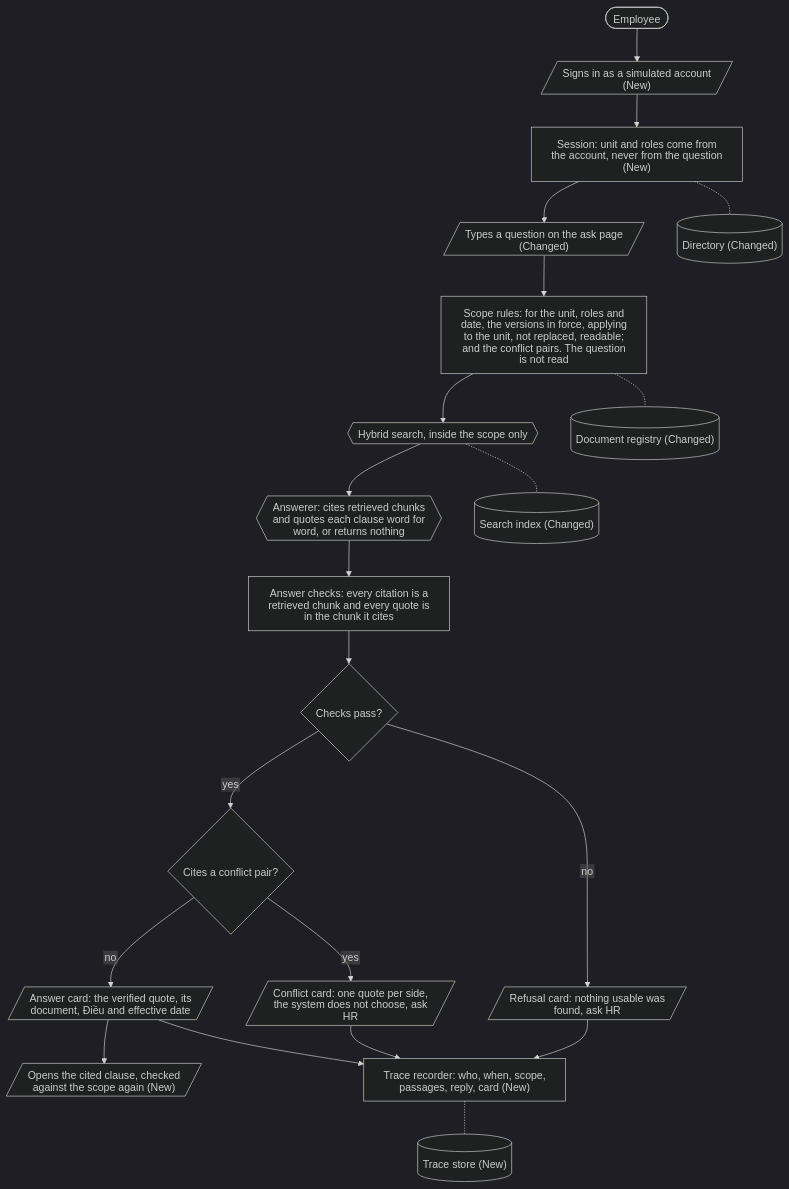
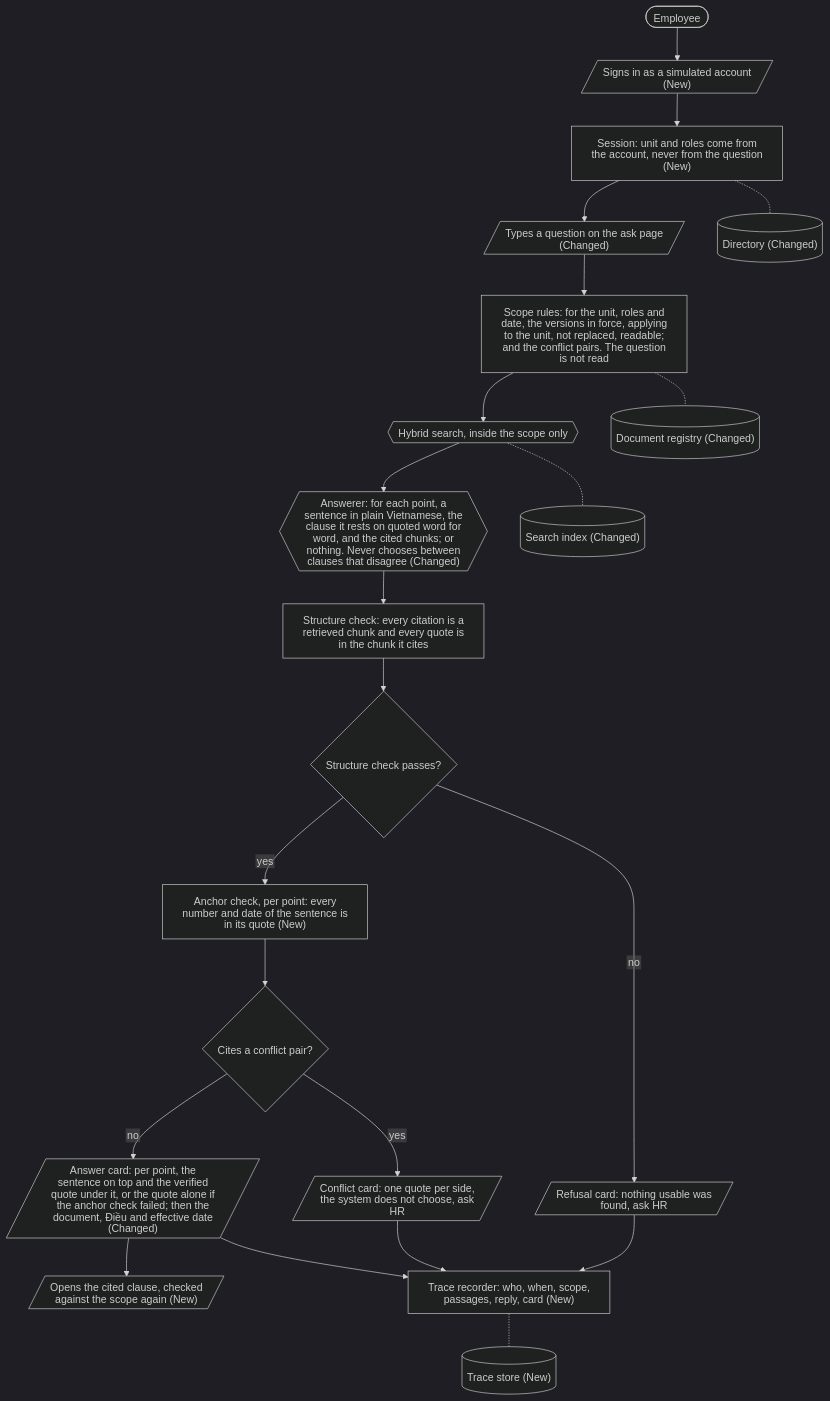
One commit to Park-Hip/next-gen-2026 changed the first of 7 diagrams in docs/system_design.md. Above: the diagram before and after it, drawn with Mermaid (dark theme). The commit also changed other lines of this file, not shown here.

Commit message:
System design: the answer card shows the model's sentence above its verified quote, checked by rules (SD14)

````diff
--- a/docs/system_design.md
+++ b/docs/system_design.md
@@ -77,43 +77,44 @@
 ```mermaid
 ---
 config:
   htmlLabels: false
   flowchart:
     htmlLabels: false
     wrappingWidth: 260
 ---
 flowchart TD
     employee([Employee])
     signin[/"Signs in as a simulated account (New)"/]
     session["Session: unit and roles come from the account, never from the question (New)"]
     question[/"Types a question on the ask page (Changed)"/]
     scope["Scope rules: for the unit, roles and date, the versions in force, applying to the unit, not replaced, readable; and the conflict pairs. The question is not read"]
     search{{"Hybrid search, inside the scope only"}}
-    answerer{{"Answerer: cites retrieved chunks and quotes each clause word for word, or returns nothing"}}
-    checksnote["Answer checks: every citation is a retrieved chunk and every quote is in the chunk it cites"]
-    verified{"Checks pass?"}
+    answerer{{"Answerer: for each point, a sentence in plain Vietnamese, the clause it rests on quoted word for word, and the cited chunks; or nothing. Never chooses between clauses that disagree (Changed)"}}
+    structure["Structure check: every citation is a retrieved chunk and every quote is in the chunk it cites"]
+    verified{"Structure check passes?"}
+    anchors["Anchor check, per point: every number and date of the sentence is in its quote (New)"]
     conflict{"Cites a conflict pair?"}
     refusal[/"Refusal card: nothing usable was found, ask HR"/]
     conflictcard[/"Conflict card: one quote per side, the system does not choose, ask HR"/]
-    answercard[/"Answer card: the verified quote, its document, Điều and effective date"/]
+    answercard[/"Answer card: per point, the sentence on top and the verified quote under it, or the quote alone if the anchor check failed; then the document, Điều and effective date (Changed)"/]
     clause[/"Opens the cited clause, checked against the scope again (New)"/]
     trace["Trace recorder: who, when, scope, passages, reply, card (New)"]
     directory[("Directory (Changed)")]
     registry[("Document registry (Changed)")]
     index[("Search index (Changed)")]
     traces[("Trace store (New)")]
 
-    employee --> signin --> session --> question --> scope --> search --> answerer --> checksnote --> verified
+    employee --> signin --> session --> question --> scope --> search --> answerer --> structure --> verified
     verified -- no --> refusal
-    verified -- yes --> conflict
+    verified -- yes --> anchors --> conflict
     conflict -- yes --> conflictcard
     conflict -- no --> answercard
     answercard --> clause
     refusal --> trace
     conflictcard --> trace
     answercard --> trace
     session -.- directory
     scope -.- registry
     search -.- index
     trace -.- traces
 ```
````
